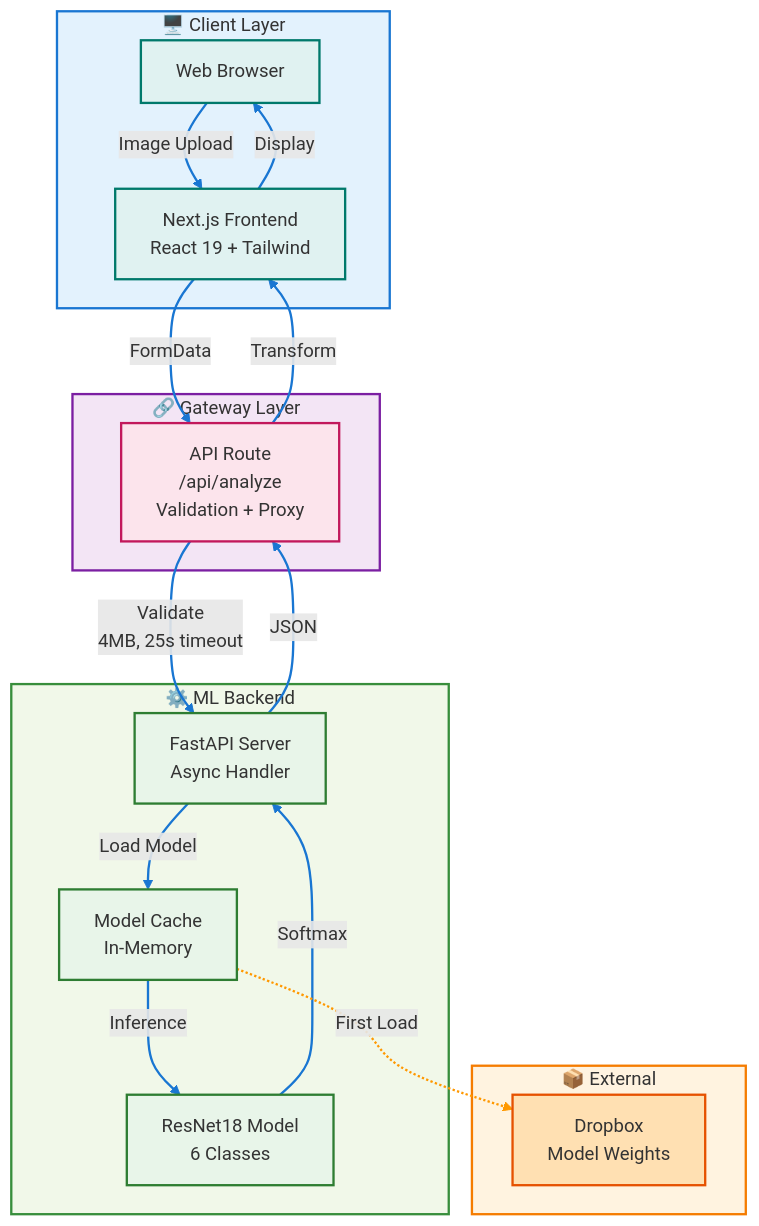
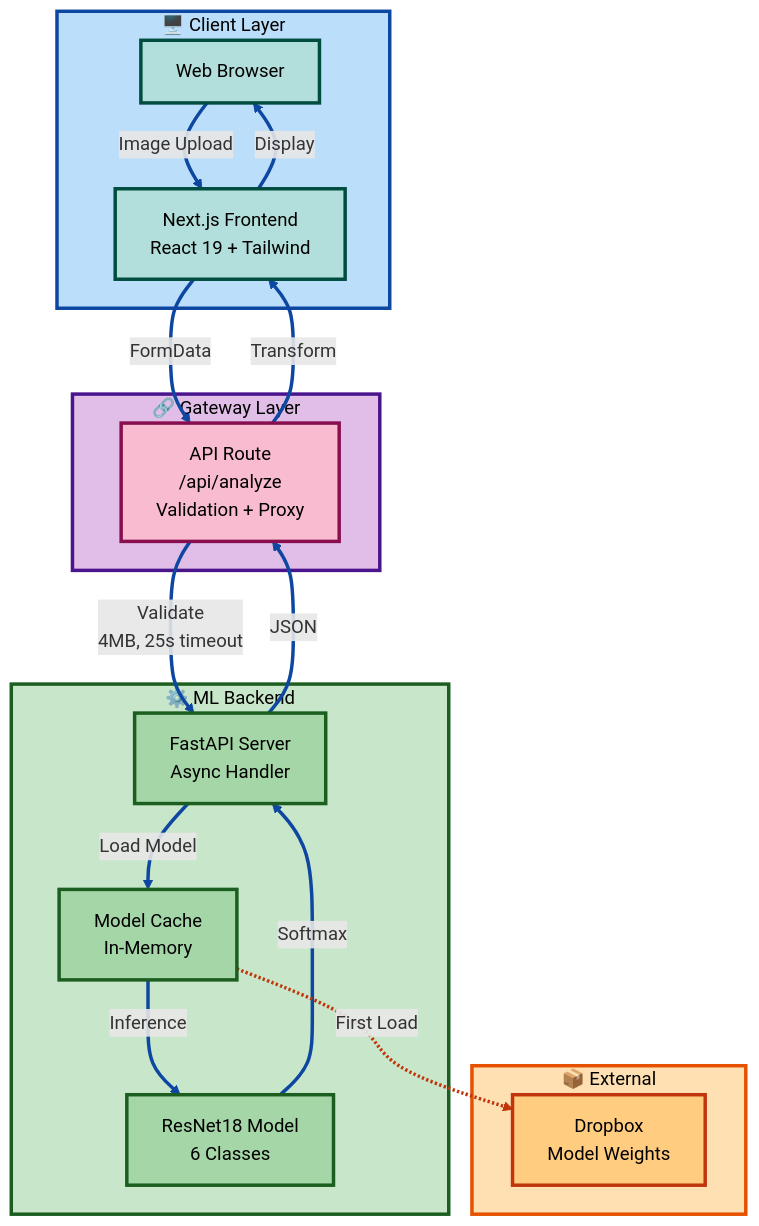
The first of 9 diagrams in DOCUMENTATION.md (itssmdsh/MediScan), drawn with Mermaid before and after one commit. The commit also changed other lines of this file, not shown here.

````diff
--- a/DOCUMENTATION.md
+++ b/DOCUMENTATION.md
@@ -22,47 +22,47 @@
 ```mermaid
 graph TB
     subgraph Client["🖥️ Client Layer"]
         Browser["Web Browser"]
         UI["Next.js Frontend<br/>React 19 + Tailwind"]
     end
     
     subgraph Gateway["🔗 Gateway Layer"]
         Route["API Route<br/>/api/analyze<br/>Validation + Proxy"]
     end
     
     subgraph Backend["⚙️ ML Backend"]
         FastAPI["FastAPI Server<br/>Async Handler"]
         Model["ResNet18 Model<br/>6 Classes"]
         Cache["Model Cache<br/>In-Memory"]
     end
     
     subgraph External["📦 External"]
         Dropbox["Dropbox<br/>Model Weights"]
     end
     
     Browser -->|Image Upload| UI
     UI -->|FormData| Route
     Route -->|Validate<br/>4MB, 25s timeout| FastAPI
     FastAPI -->|Load Model| Cache
     Cache -->|Inference| Model
     Model -->|Softmax| FastAPI
     FastAPI -->|JSON| Route
     Route -->|Transform| UI
     UI -->|Display| Browser
     Cache -.->|First Load| Dropbox
     
-    style Client fill:#e3f2fd,stroke:#1976d2,stroke-width:2px
-    style Gateway fill:#f3e5f5,stroke:#7b1fa2,stroke-width:2px
-    style Backend fill:#f1f8e9,stroke:#388e3c,stroke-width:2px
-    style External fill:#fff3e0,stroke:#f57c00,stroke-width:2px
-    style Browser fill:#e0f2f1,stroke:#00796b,stroke-width:2px
-    style UI fill:#e0f2f1,stroke:#00796b,stroke-width:2px
-    style Route fill:#fce4ec,stroke:#c2185b,stroke-width:2px
-    style FastAPI fill:#e8f5e9,stroke:#2e7d32,stroke-width:2px
-    style Model fill:#e8f5e9,stroke:#2e7d32,stroke-width:2px
-    style Cache fill:#e8f5e9,stroke:#2e7d32,stroke-width:2px
-    style Dropbox fill:#ffe0b2,stroke:#e65100,stroke-width:2px
+    style Client fill:#bbdefb,stroke:#0d47a1,stroke-width:3px,color:#000
+    style Gateway fill:#e1bee7,stroke:#4a148c,stroke-width:3px,color:#000
+    style Backend fill:#c8e6c9,stroke:#1b5e20,stroke-width:3px,color:#000
+    style External fill:#ffe0b2,stroke:#e65100,stroke-width:3px,color:#000
+    style Browser fill:#b2dfdb,stroke:#004d40,stroke-width:3px,color:#000
+    style UI fill:#b2dfdb,stroke:#004d40,stroke-width:3px,color:#000
+    style Route fill:#f8bbd0,stroke:#880e4f,stroke-width:3px,color:#000
+    style FastAPI fill:#a5d6a7,stroke:#1b5e20,stroke-width:3px,color:#000
+    style Model fill:#a5d6a7,stroke:#1b5e20,stroke-width:3px,color:#000
+    style Cache fill:#a5d6a7,stroke:#1b5e20,stroke-width:3px,color:#000
+    style Dropbox fill:#ffcc80,stroke:#bf360c,stroke-width:3px,color:#000
     
-    linkStyle 0,1,2,3,4,5,6,7,8 stroke:#1976d2,stroke-width:2px
-    linkStyle 9 stroke:#ff9800,stroke-width:2px
+    linkStyle 0,1,2,3,4,5,6,7,8 stroke:#0d47a1,stroke-width:3px
+    linkStyle 9 stroke:#bf360c,stroke-width:3px
 ```
````
